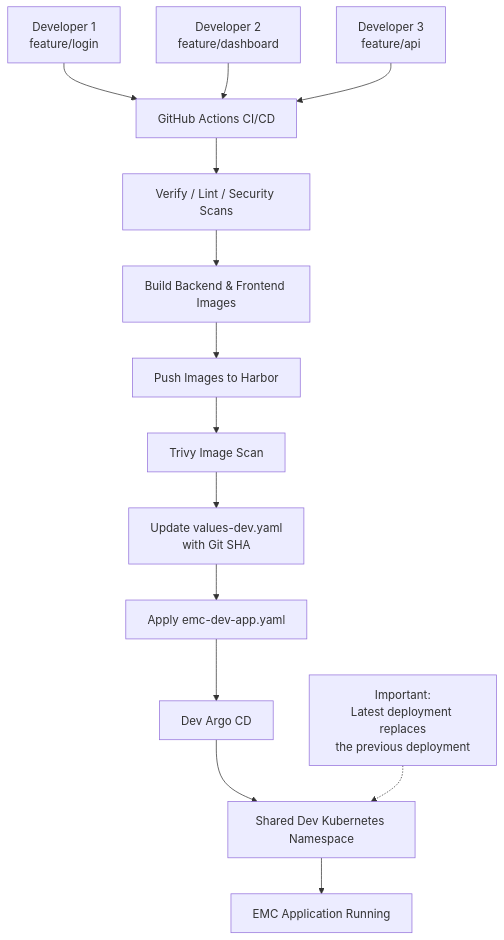
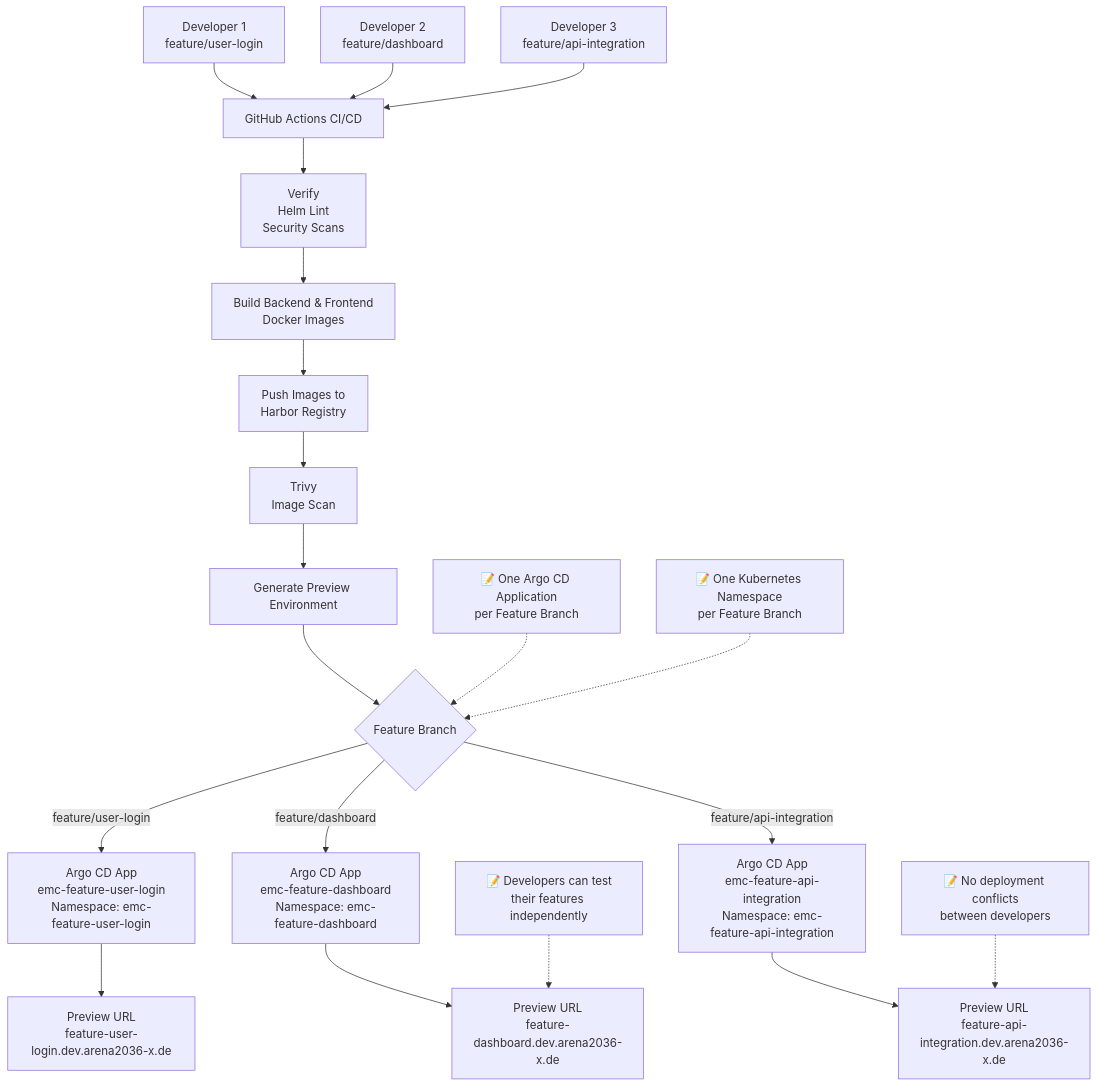
Before and after one commit to ARENA2036/edc-management-console: the diagram in docs/ci-cd/ci-cd-developer.md, drawn with Mermaid. The commit also changed other lines of this file and 2 other files, not shown here.

Commit message:
docs: updated documents ci-cd flow

````diff
--- a/docs/ci-cd/ci-cd-developer.md
+++ b/docs/ci-cd/ci-cd-developer.md
@@ -1,19 +3,30 @@
 ```mermaid
 flowchart TD
 
-    A[Developer 1<br/>feature/login] --> D[GitHub Actions CI/CD]
-    B[Developer 2<br/>feature/dashboard] --> D
-    C[Developer 3<br/>feature/api] --> D
+    A[Developer 1<br/>feature/user-login] --> G[GitHub Actions CI/CD]
+    B[Developer 2<br/>feature/dashboard] --> G
+    C[Developer 3<br/>feature/api-integration] --> G
 
-    D --> E[Verify / Lint / Security Scans]
-    E --> F[Build Backend & Frontend Images]
-    F --> G[Push Images to Harbor]
-    G --> H[Trivy Image Scan]
-    H --> I[Update values-dev.yaml<br/>with Git SHA]
-    I --> J[Apply emc-dev-app.yaml]
-    J --> K[Dev Argo CD]
-    K --> L[Shared Dev Kubernetes Namespace]
-    L --> M[EMC Application Running]
+    G --> H[Verify<br/>Helm Lint<br/>Security Scans]
+    H --> I[Build Backend & Frontend<br/>Docker Images]
+    I --> J[Push Images to<br/>Harbor Registry]
+    J --> K[Trivy<br/>Image Scan]
+    K --> L[Generate Preview Environment]
 
-    N[Important:<br/>Latest deployment replaces<br/>the previous deployment] -.-> L
+    L --> M{Feature Branch}
+
+    M -->|feature/user-login| M1[Argo CD App<br/>emc-feature-user-login<br/>Namespace: emc-feature-user-login]
+
+    M -->|feature/dashboard| M2[Argo CD App<br/>emc-feature-dashboard<br/>Namespace: emc-feature-dashboard]
+
+    M -->|feature/api-integration| M3[Argo CD App<br/>emc-feature-api-integration<br/>Namespace: emc-feature-api-integration]
+
+    M1 --> N1[Preview URL<br/>feature-user-login.dev.arena2036-x.de]
+    M2 --> N2[Preview URL<br/>feature-dashboard.dev.arena2036-x.de]
+    M3 --> N3[Preview URL<br/>feature-api-integration.dev.arena2036-x.de]
+
+    X["📝 One Argo CD Application<br/>per Feature Branch"] -.-> M
+    Y["📝 One Kubernetes Namespace<br/>per Feature Branch"] -.-> M
+    Z["📝 Developers can test<br/>their features independently"] -.-> N2
+    AA["📝 No deployment conflicts<br/>between developers"] -.-> N3
 ```
````
